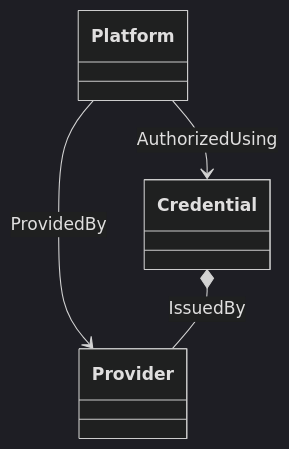
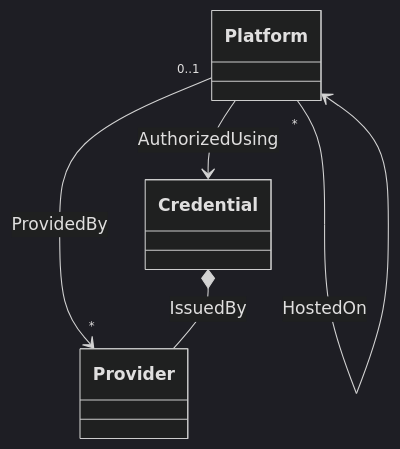
The second of 2 diagrams in profiles/community/tosca/platform/README.md (oasis-open/tosca-community-contributions), drawn with Mermaid (dark theme) before and after one commit. The commit also changed other lines of this file and 11 other files, not shown here.

````diff
--- a/profiles/community/tosca/platform/README.md
+++ b/profiles/community/tosca/platform/README.md
@@ -116,6 +156,7 @@
 ```mermaid
 classDiagram
-    Platform --> Provider:ProvidedBy
+    Platform "0..1" --> "*" Provider:ProvidedBy
+    Platform "*" --> Platform:HostedOn
     Platform --> Credential:AuthorizedUsing
     Credential *-- Provider:IssuedBy
 ```
````
